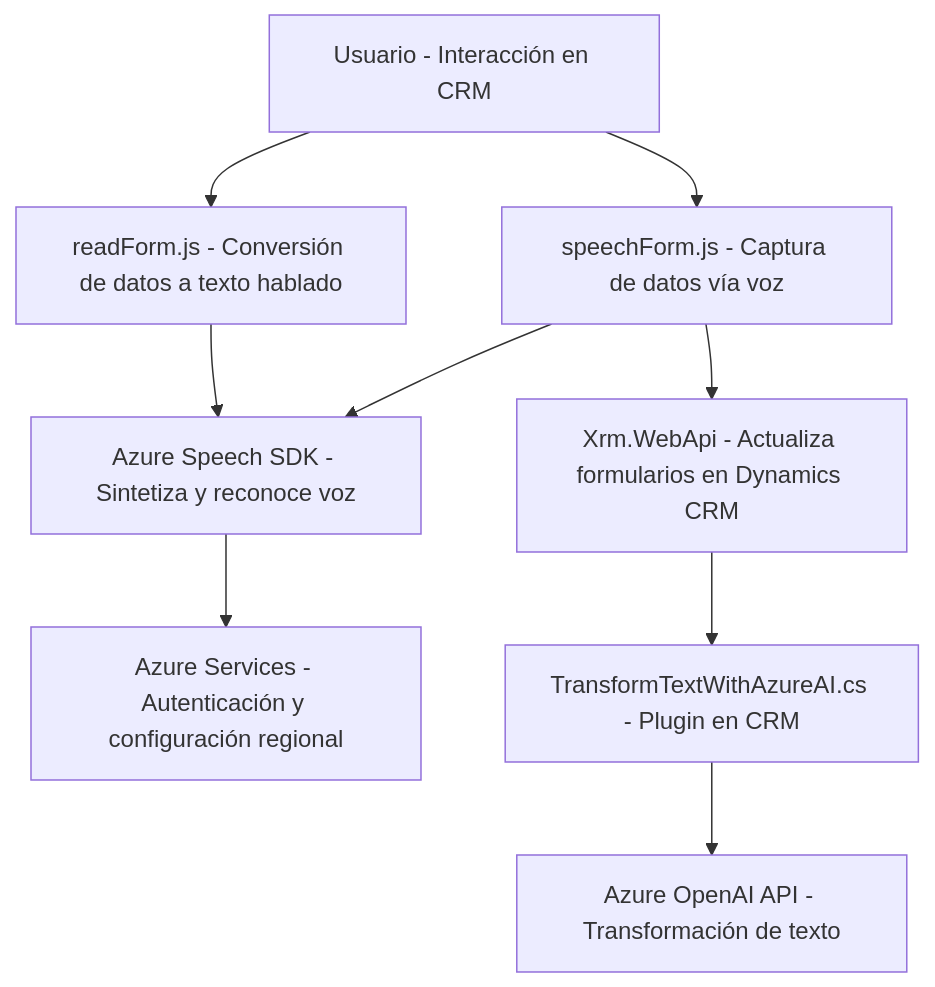
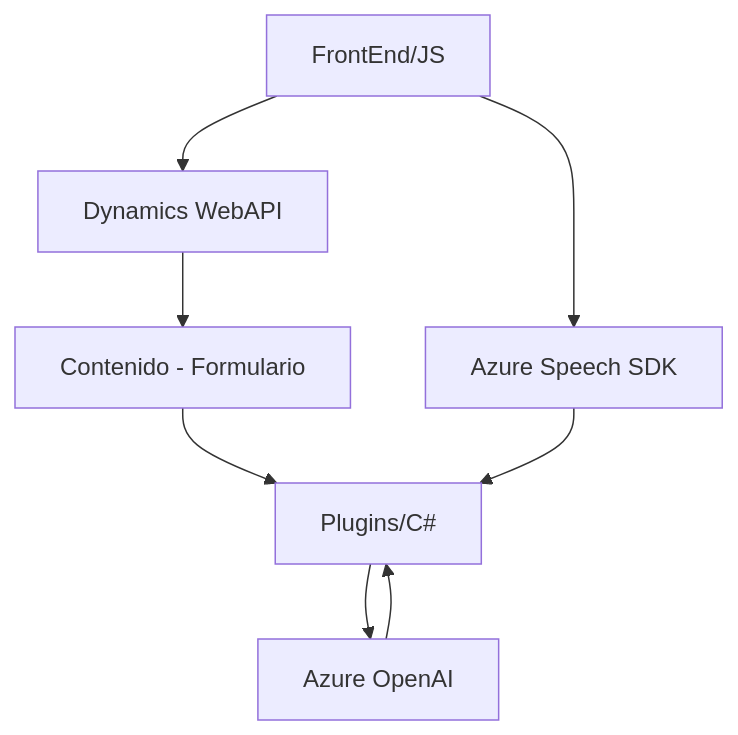
The diagram in README.md (blopezdm/NETCORE_BILBAO2025), drawn with Mermaid before and after one commit. The commit also changed other lines of this file, not shown here.

````diff
--- a/README.md
+++ b/README.md
@@ -46,11 +38,10 @@
 ```mermaid
 graph TD
-    A["Usuario - Interacción en CRM"] --> B["readForm.js - Conversión de datos a texto hablado"]
-    A --> C["speechForm.js - Captura de datos vía voz"]
-    B --> D["Azure Speech SDK - Sintetiza y reconoce voz"]
-    C --> D
-    C --> E["Xrm.WebApi - Actualiza formularios en Dynamics CRM"]
-    E --> F["TransformTextWithAzureAI.cs - Plugin en CRM"]
-    F --> G["Azure OpenAI API - Transformación de texto"]
-    D --> H["Azure Services - Autenticación y configuración regional"]
+    A[FrontEnd/JS] --> B[Azure Speech SDK]
+    E[Plugins/C#] --> F[Azure OpenAI]
+    A --> C["Dynamics WebAPI"]
+    C --> D["Contenido - Formulario"]
+    D --> E[Plugins/C#]
+    B --> E[Plugins/C#]
+    F --> E[Plugins/C#]
 ```
````
